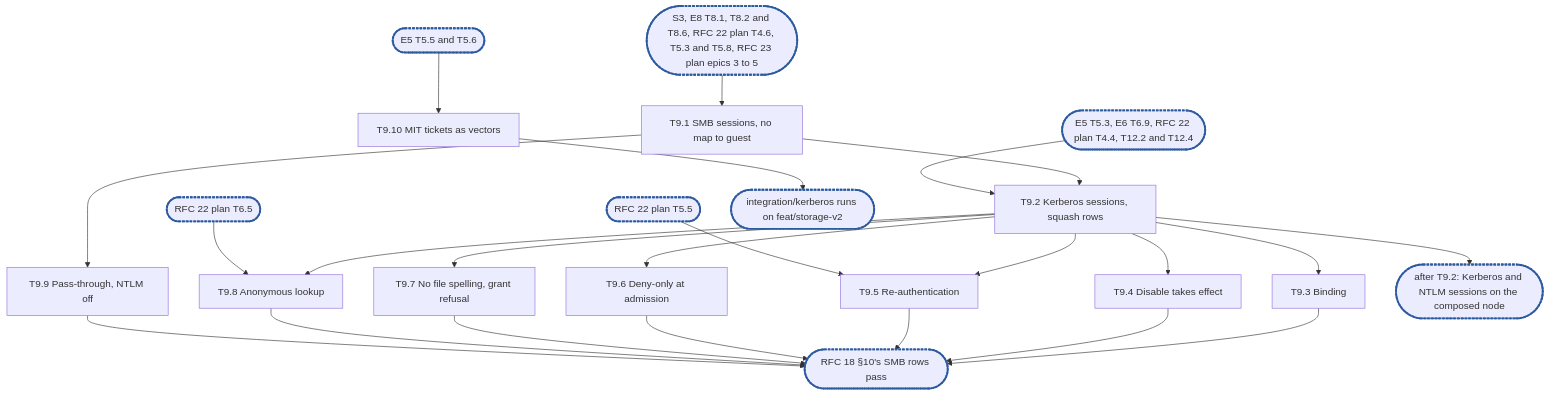
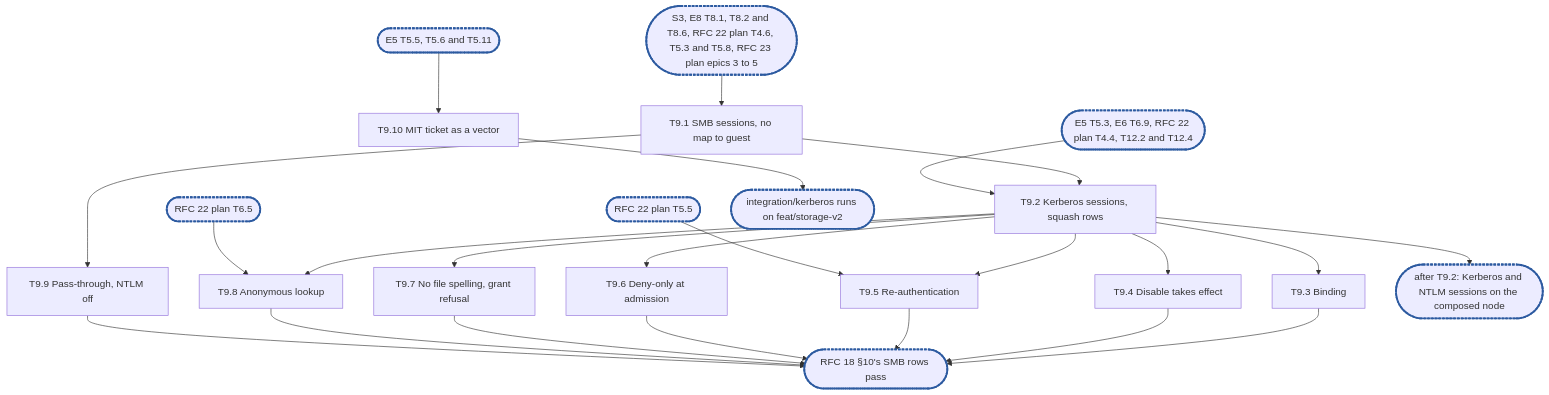
One commit to cubbit/dittofs changed the diagram in .planning/rfc-18-identity-epic9.md. Above: the diagram before and after it, drawn with Mermaid. The commit also changed other lines of this file and 2 other files, not shown here.

Commit message:
docs(planning): answer the epic 9 review: refuse CLOSE on a disabled session, own the pass-through binding, D6's fixtures, one MIT AP-REQ

````diff
--- a/.planning/rfc-18-identity-epic9.md
+++ b/.planning/rfc-18-identity-epic9.md
@@ -498,21 +553,21 @@
 ```mermaid
 flowchart TD
   X1(["S3, E8 T8.1, T8.2 and T8.6, RFC 22 plan T4.6, T5.3 and T5.8, RFC 23 plan epics 3 to 5"]):::sync --> T9_1["T9.1 SMB sessions, no map to guest"]
   T9_1 --> T9_2["T9.2 Kerberos sessions, squash rows"]
   X2(["E5 T5.3, E6 T6.9, RFC 22 plan T4.4, T12.2 and T12.4"]):::sync --> T9_2
   T9_2 --> T9_3["T9.3 Binding"]
   T9_2 --> T9_4["T9.4 Disable takes effect"]
   T9_2 --> T9_5["T9.5 Re-authentication"]
   X3(["RFC 22 plan T5.5"]):::sync --> T9_5
   T9_2 --> T9_6["T9.6 Deny-only at admission"]
   T9_2 --> T9_7["T9.7 No file spelling, grant refusal"]
   T9_2 --> T9_8["T9.8 Anonymous lookup"]
   X4(["RFC 22 plan T6.5"]):::sync --> T9_8
   T9_1 --> T9_9["T9.9 Pass-through, NTLM off"]
-  T9_10["T9.10 MIT tickets as vectors"]
-  X5(["E5 T5.5 and T5.6"]):::sync --> T9_10
+  T9_10["T9.10 MIT ticket as a vector"]
+  X5(["E5 T5.5, T5.6 and T5.11"]):::sync --> T9_10
   T9_2 --> C1(["after T9.2: Kerberos and NTLM sessions on the composed node"]):::sync
   T9_3 & T9_4 & T9_5 & T9_6 & T9_7 & T9_8 & T9_9 --> C2(["RFC 18 §10's SMB rows pass"]):::sync
   T9_10 --> C3(["integration/kerberos runs on feat/storage-v2"]):::sync
   classDef sync stroke:#2c5aa0,stroke-width:3px,stroke-dasharray:4 2
 ```
````
